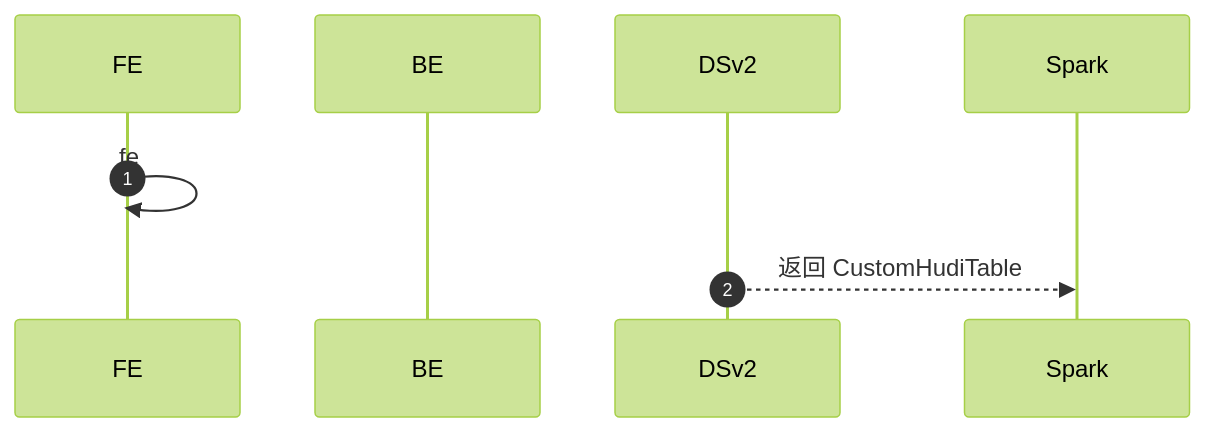
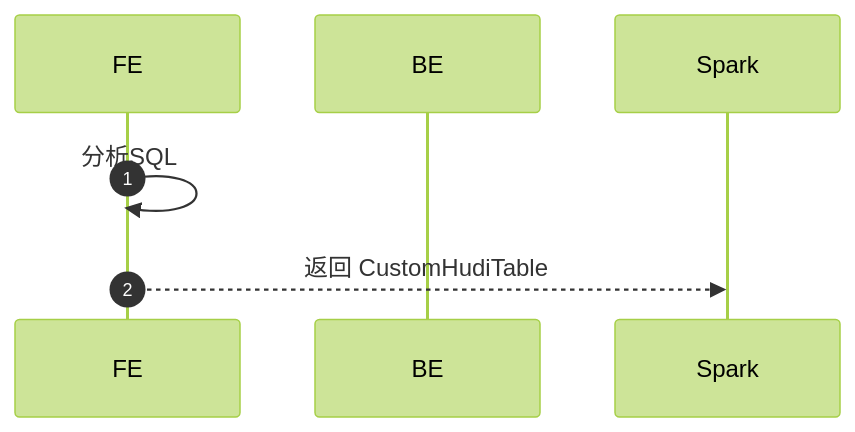
The diagram in all/Doris-写入数据.md (HY-10-8/iodraw-files), drawn with Mermaid (forest theme) before and after one commit.

Commit message:
2026-04-22 17:11:33 update

````diff
--- a/all/Doris-写入数据.md
+++ b/all/Doris-写入数据.md
@@ -1,10 +1,10 @@
 ```mermaid
 sequenceDiagram
     autonumber
 
     participant FE
     participant BE
 
-    FE->>FE: fe
-    DSv2-->>Spark: 返回 CustomHudiTable
+    FE->>FE: 分析SQL
+    FE-->>Spark: 返回 CustomHudiTable
 ```
````
